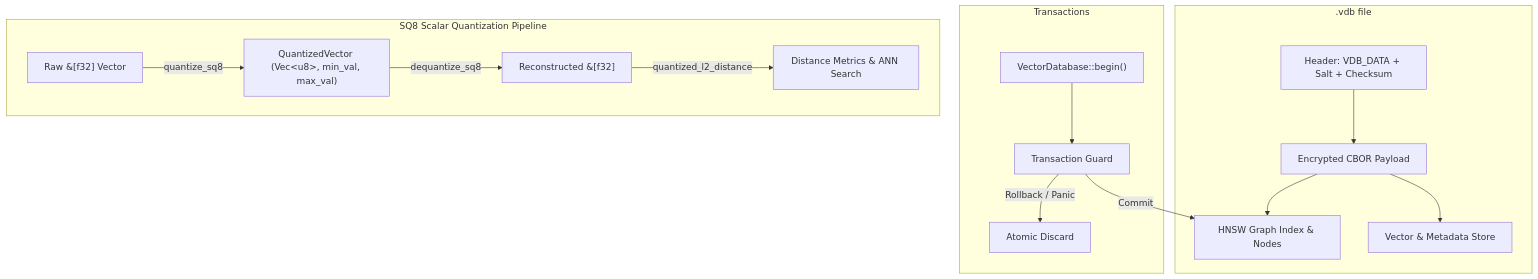
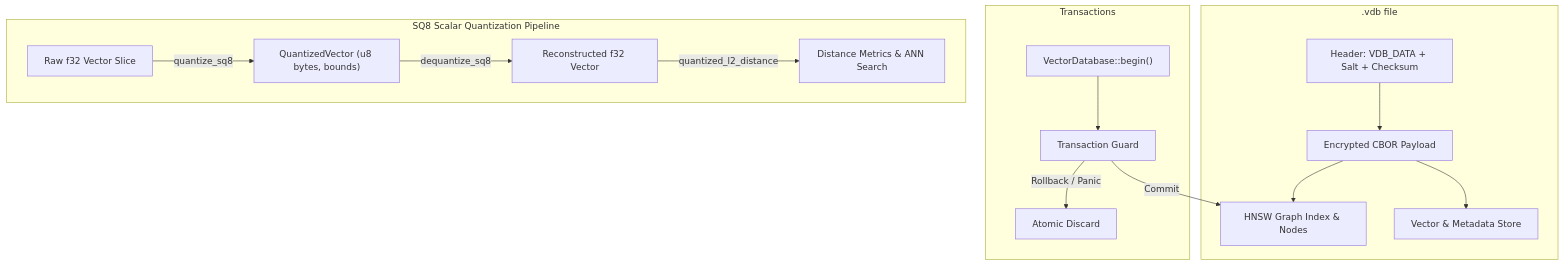
One commit to steveSujo/vectordb-rs changed the third of 3 diagrams in README.md. Above: the diagram before and after it, drawn with Mermaid. The commit also changed other lines of this file, not shown here.

Commit message:
fix(docs): fix mermaid parsing error by replacing angle brackets with clean text

````diff
--- a/README.md
+++ b/README.md
@@ -52,21 +52,22 @@
 ```mermaid
 graph TD
     subgraph Storage [".vdb file"]
         A["Header: VDB_DATA + Salt + Checksum"] --> B["Encrypted CBOR Payload"]
         B --> C["HNSW Graph Index & Nodes"]
         B --> D["Vector & Metadata Store"]
     end
 
     subgraph Transactions
         E["VectorDatabase::begin()"] --> F["Transaction Guard"]
         F -->|Commit| C
         F -->|Rollback / Panic| G["Atomic Discard"]
     end
 
     subgraph Quantization ["SQ8 Scalar Quantization Pipeline"]
-        H["Raw &[f32] Vector"] -->|"quantize_sq8"| I["QuantizedVector (Vec&lt;u8&gt;, min_val, max_val)"]
-        I -->|"dequantize_sq8"| J["Reconstructed &[f32]"]
+        H["Raw f32 Vector Slice"] -->|"quantize_sq8"| I["QuantizedVector (u8 bytes, bounds)"]
+        I -->|"dequantize_sq8"| J["Reconstructed f32 Vector"]
         J -->|"quantized_l2_distance"| K["Distance Metrics & ANN Search"]
     end
 
+
 ```
````
